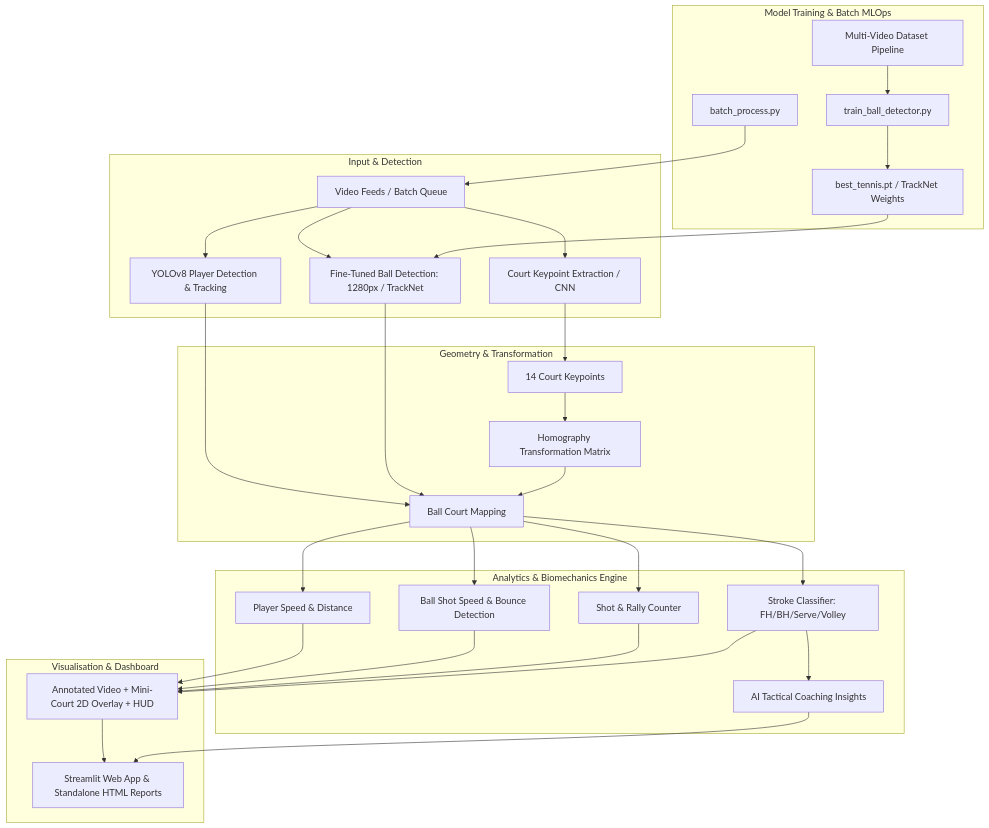
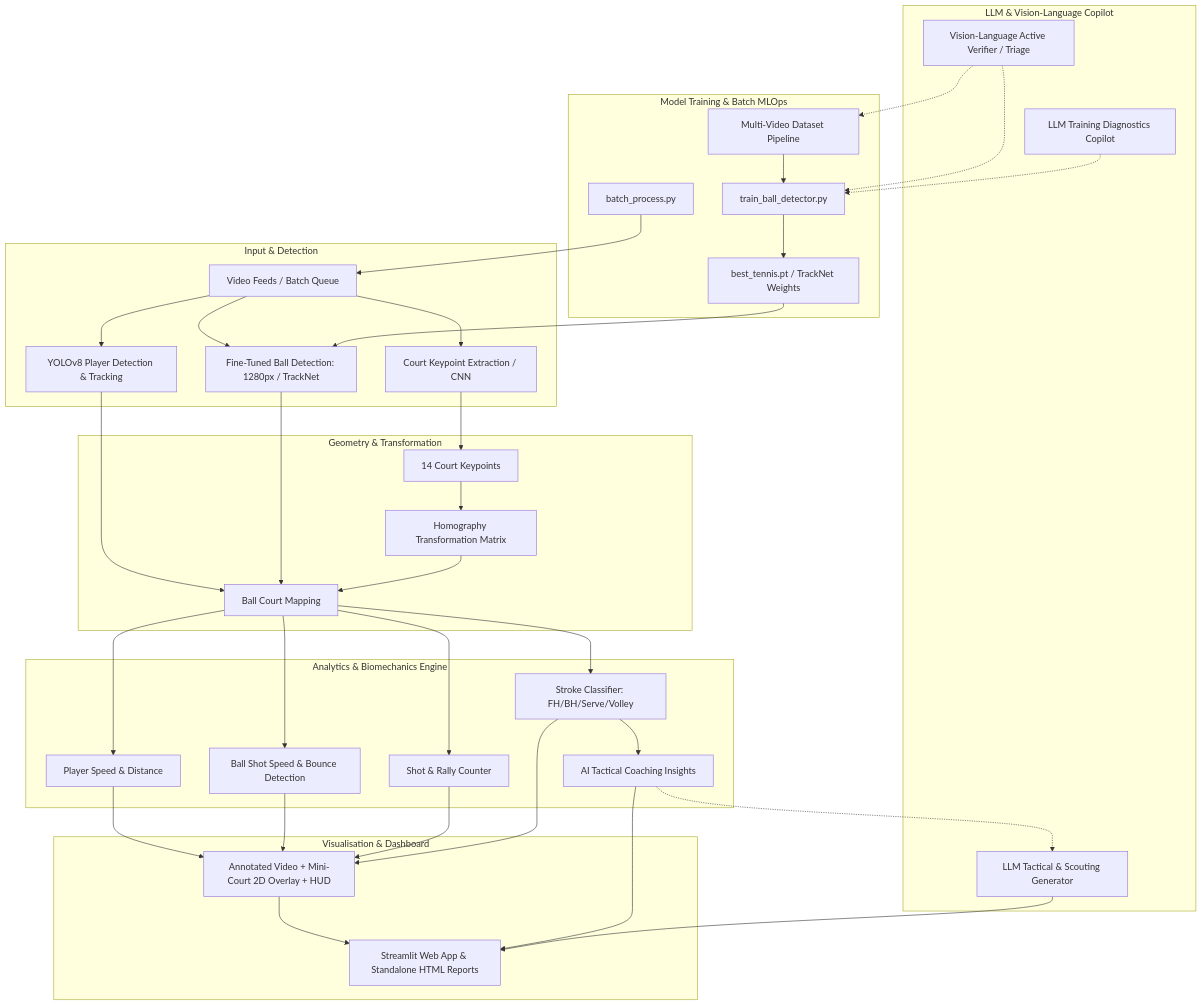
The diagram in features.md (water-bear-dev/tennis-visualiser), drawn with Mermaid before and after one commit. The commit also changed other lines of this file, not shown here.

Commit message:
docs: add Phase 8 LLM and Vision-Language Copilot modules to project roadmap

````diff
--- a/features.md
+++ b/features.md
@@ -9,40 +9,48 @@
 ```mermaid
 graph TD
     subgraph Input & Detection
         V[Video Feeds / Batch Queue] --> YP[YOLOv8 Player Detection & Tracking]
         V --> YB[Fine-Tuned Ball Detection: 1280px / TrackNet]
         V --> CK[Court Keypoint Extraction / CNN]
     end
 
     subgraph Geometry & Transformation
         CK --> HK[14 Court Keypoints]
         HK --> HM[Homography Transformation Matrix]
         YP --> MC[Player Court Mapping]
         YB --> MC[Ball Court Mapping]
         HM --> MC
     end
 
     subgraph Analytics & Biomechanics Engine
         MC --> PS[Player Speed & Distance]
         MC --> BS[Ball Shot Speed & Bounce Detection]
         MC --> SC[Shot & Rally Counter]
         MC --> ST[Stroke Classifier: FH/BH/Serve/Volley]
         ST --> CG[AI Tactical Coaching Insights]
     end
 
     subgraph Visualisation & Dashboard
         PS --> AN[Annotated Video + Mini-Court 2D Overlay + HUD]
         BS --> AN
         SC --> AN
         ST --> AN
         AN --> ST_UI[Streamlit Web App & Standalone HTML Reports]
         CG --> ST_UI
     end
 
     subgraph Model Training & Batch MLOps
         MF[Multi-Video Dataset Pipeline] --> TF[train_ball_detector.py]
         TF --> MW[best_tennis.pt / TrackNet Weights]
         MW --> YB
         BP[batch_process.py] --> V
     end
+
+    subgraph LLM & Vision-Language Copilot
+        VLM[Vision-Language Active Verifier / Triage] -.-> MF
+        VLM -.-> TF
+        LLM_DIAG[LLM Training Diagnostics Copilot] -.-> TF
+        CG -.-> LLM_SCOUT[LLM Tactical & Scouting Generator]
+        LLM_SCOUT --> ST_UI
+    end
 ```
````
